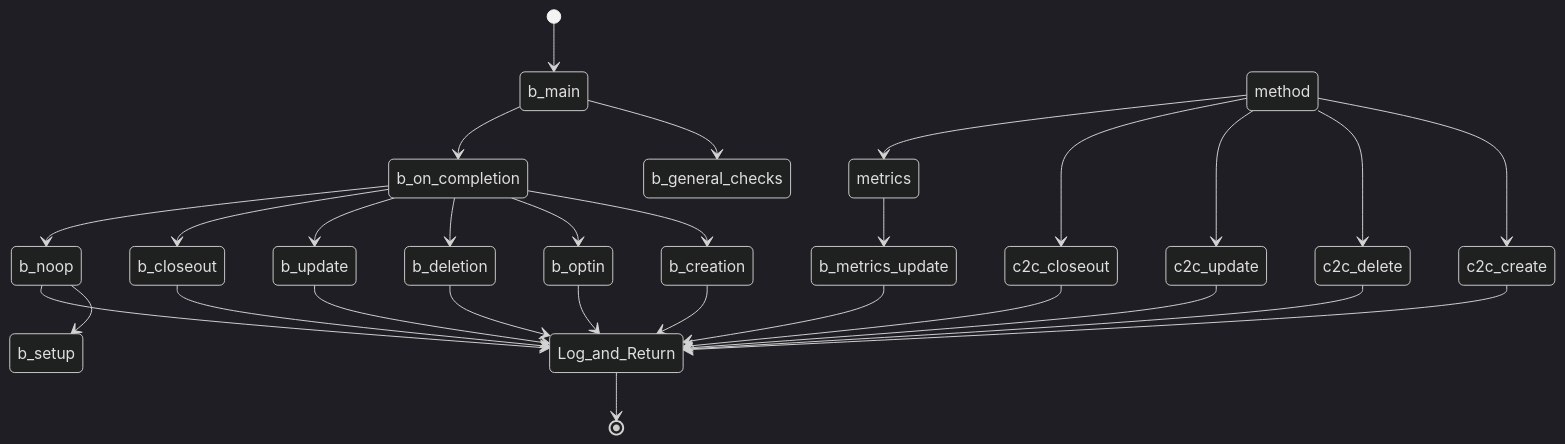
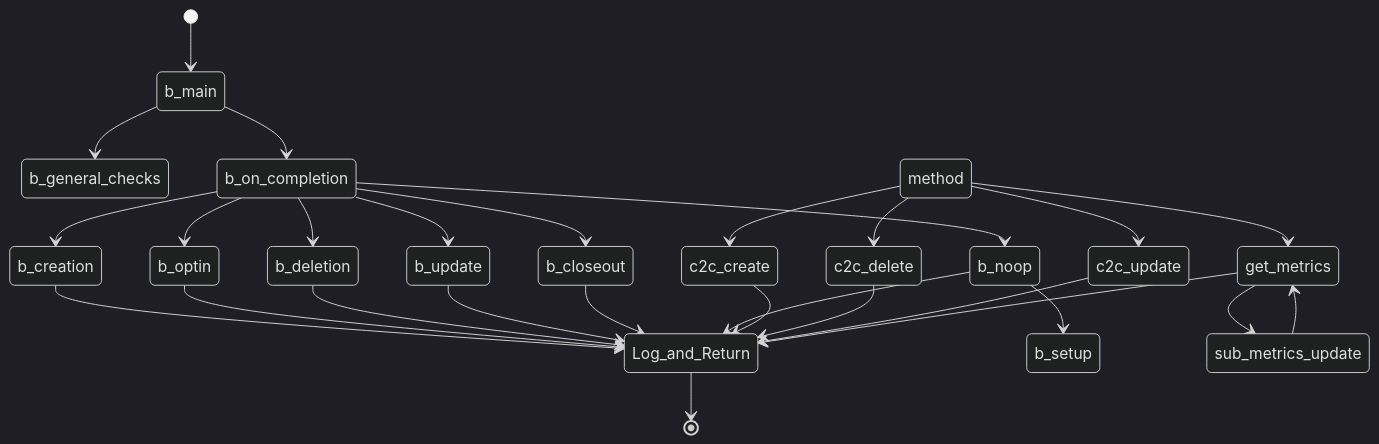
Before and after one commit to GoPlausible/.github: the seventh of 10 diagrams in profile/README.md, drawn with Mermaid (dark theme). The commit also changed other lines of this file and 1 other file, not shown here.

````diff
--- a/profile/README.md
+++ b/profile/README.md
@@ -225,36 +225,36 @@
 ```mermaid
   stateDiagram-v2
     [*] --> b_main
     b_main --> b_general_checks
     b_main --> b_on_completion
     b_on_completion --> b_creation
     b_creation --> Log_and_Return
     b_on_completion --> b_optin
     b_optin --> Log_and_Return
     b_on_completion --> b_deletion
     b_deletion --> Log_and_Return
     b_on_completion --> b_update
     b_update --> Log_and_Return
     b_on_completion --> b_closeout
     b_closeout --> Log_and_Return
 
     b_on_completion --> b_noop
     b_noop --> b_setup
     b_noop --> Log_and_Return
 
     method --> c2c_create
     c2c_create --> Log_and_Return
     method --> c2c_delete
     c2c_delete --> Log_and_Return
     method --> c2c_update
     c2c_update --> Log_and_Return
-    method --> c2c_closeout
-    c2c_closeout --> Log_and_Return
+
    
-    method --> metrics
-    metrics --> b_metrics_update
-    b_metrics_update --> Log_and_Return
+    method --> get_metrics
+    get_metrics --> sub_metrics_update
+    sub_metrics_update --> get_metrics
+    get_metrics --> Log_and_Return
 
     Log_and_Return --> [*]
     
 ```
````
